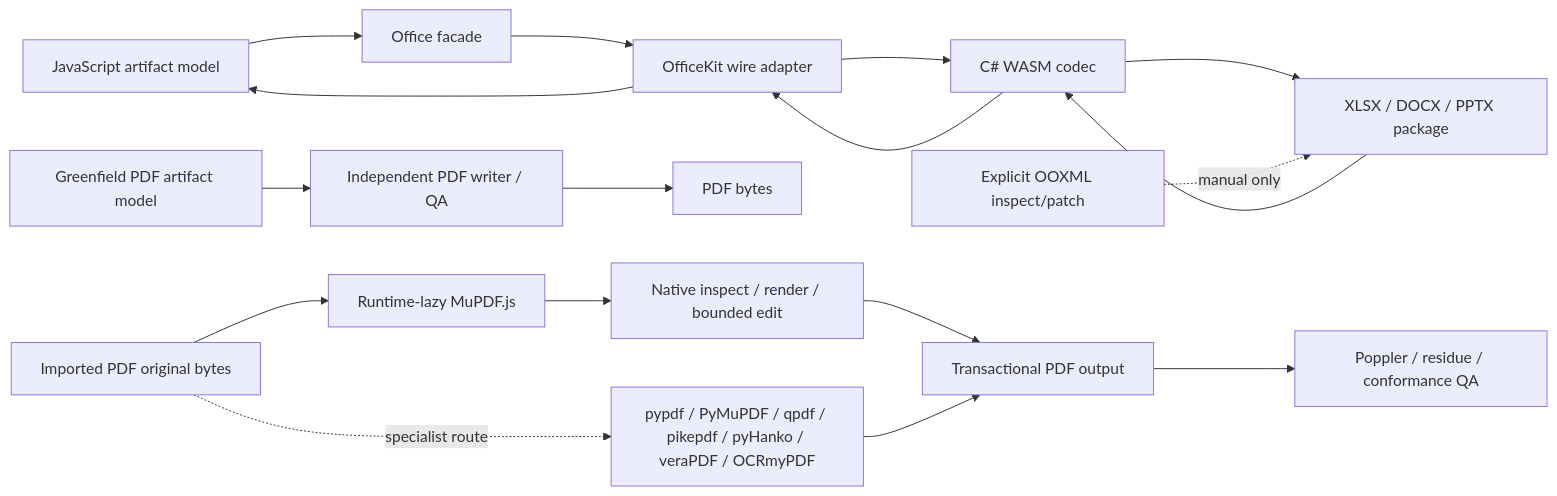
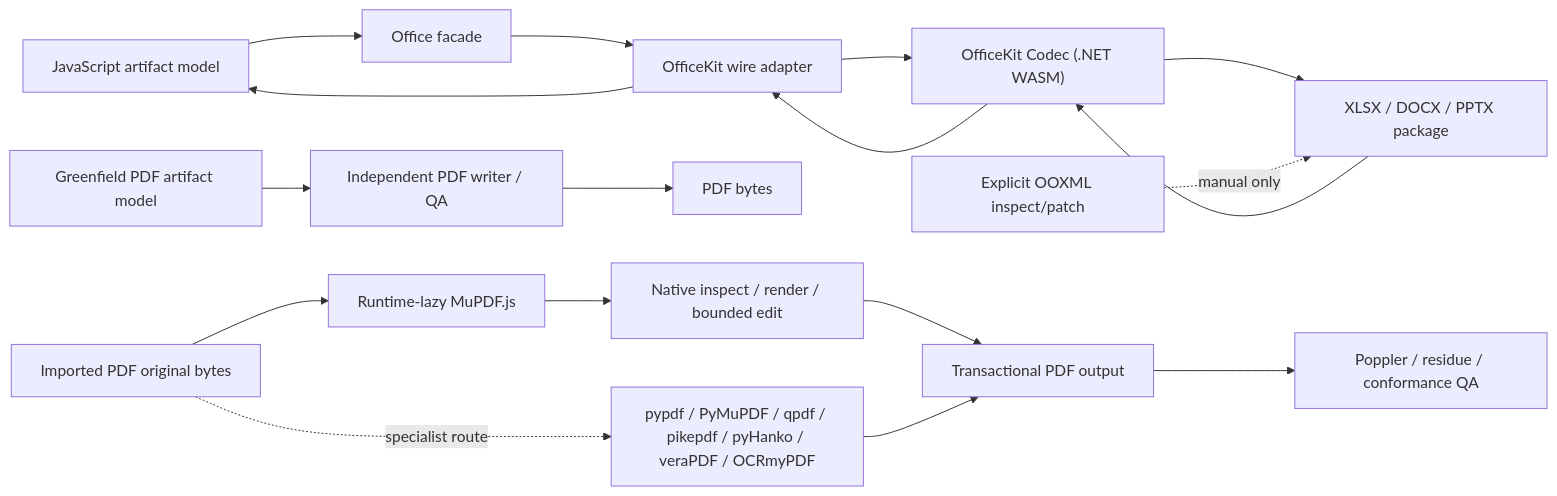
The diagram in docs/reference-runtime-architecture.md (w31r4/OfficeKit), drawn with Mermaid before and after one commit. The commit also changed other lines of this file and 19 other files, not shown here.

````diff
--- a/docs/reference-runtime-architecture.md
+++ b/docs/reference-runtime-architecture.md
@@ -12,21 +10,21 @@
 ```mermaid
 flowchart LR
   A["JavaScript artifact model"] --> B["Office facade"]
   B --> C["OfficeKit wire adapter"]
-  C --> D["C# WASM codec"]
+  C --> D["OfficeKit Codec (.NET WASM)"]
   D --> E["XLSX / DOCX / PPTX package"]
   E --> D
   D --> C
   C --> A
 
   P["Greenfield PDF artifact model"] --> Q["Independent PDF writer / QA"]
   Q --> R["PDF bytes"]
   S["Imported PDF original bytes"] --> T["Runtime-lazy MuPDF.js"]
   T --> U["Native inspect / render / bounded edit"]
   S -. "specialist route" .-> X["pypdf / PyMuPDF / qpdf / pikepdf / pyHanko / veraPDF / OCRmyPDF"]
   U --> V["Transactional PDF output"]
   X --> V
   V --> W["Poppler / residue / conformance QA"]
 
   I["Explicit OOXML inspect/patch"] -. "manual only" .-> E
 ```
````
